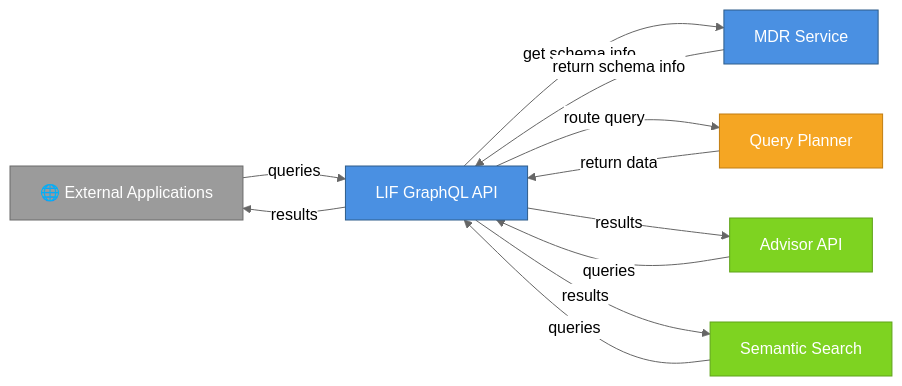
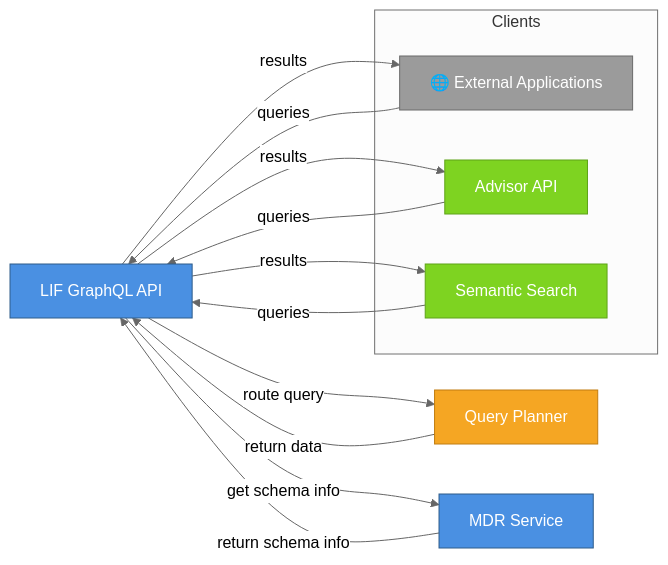
Before and after one commit to LIF-Initiative/lif-core: the second of 16 diagrams in docs/lif_services_overview.md, drawn with Mermaid (neutral theme).

Commit message:
docs: update more diagrams

````diff
--- a/docs/lif_services_overview.md
+++ b/docs/lif_services_overview.md
@@ -93,30 +93,32 @@
 ```mermaid
 graph LR
-    Users[🌐 External Applications]
     GQL[LIF GraphQL API]
     QP[Query Planner]
     MDR[MDR Service]
-    Advisor[Advisor API]
-    MCP[Semantic Search]
+    subgraph Clients["Clients"]
+        Users[🌐 External Applications]
+        Advisor[Advisor API]
+        MCP[Semantic Search]
+    end
     
     Users -->|queries| GQL
     Advisor -->|queries| GQL
     MCP -->|queries| GQL
     GQL -->|get schema info| MDR
     MDR -->|return schema info| GQL
     GQL -->|route query| QP
     QP -->|return data| GQL
     GQL -->|results| Users
     GQL -->|results| Advisor
     GQL -->|results| MCP
     
     classDef coreStyle fill:#4A90E2,stroke:#2E5C8A,color:#fff
     classDef intelStyle fill:#7ED321,stroke:#5FA319,color:#fff
     classDef infraStyle fill:#F5A623,stroke:#C17D11,color:#fff
     classDef extStyle fill:#9B9B9B,stroke:#6B6B6B,color:#fff
     
     class GQL,MDR coreStyle
     class Advisor,MCP intelStyle
     class QP infraStyle
     class Users extStyle
 ```
````
